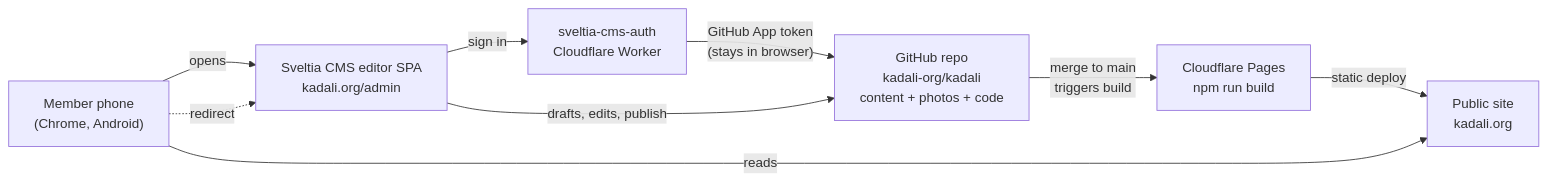
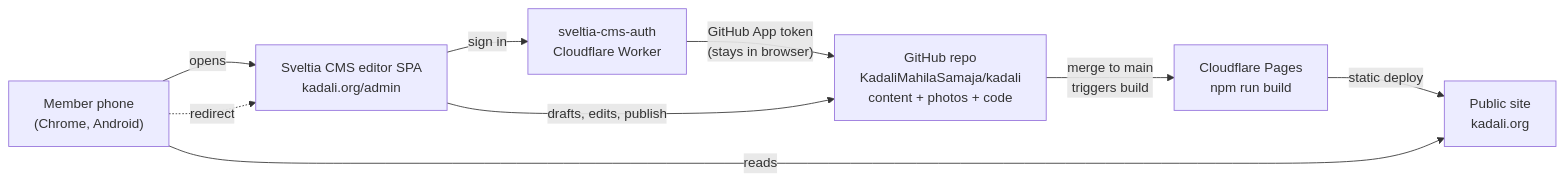
One commit to KadaliMahilaSamaja/kadali changed the first of 3 diagrams in docs/architecture.md. Above: the diagram before and after it, drawn with Mermaid. The commit also changed other lines of this file and 3 other files, not shown here.

Commit message:
Set repo to KadaliMahilaSamaja/kadali

````diff
--- a/docs/architecture.md
+++ b/docs/architecture.md
@@ -23,11 +23,11 @@
 ```mermaid
 flowchart LR
     phone["Member phone<br>(Chrome, Android)"] -->|"opens"| admin["Sveltia CMS editor SPA<br>kadali.org/admin"]
     admin -->|"sign in"| worker["sveltia-cms-auth<br>Cloudflare Worker"]
-    worker -->|"GitHub App token<br>(stays in browser)"| repo["GitHub repo<br>kadali-org/kadali<br>content + photos + code"]
+    worker -->|"GitHub App token<br>(stays in browser)"| repo["GitHub repo<br>KadaliMahilaSamaja/kadali<br>content + photos + code"]
     admin -->|"drafts, edits, publish"| repo
     repo -->|"merge to main<br>triggers build"| pages["Cloudflare Pages<br>npm run build"]
     pages -->|"static deploy"| site["Public site<br>kadali.org"]
     phone -->|"reads"| site
     phone -.->|"redirect"| admin
 ```
````
